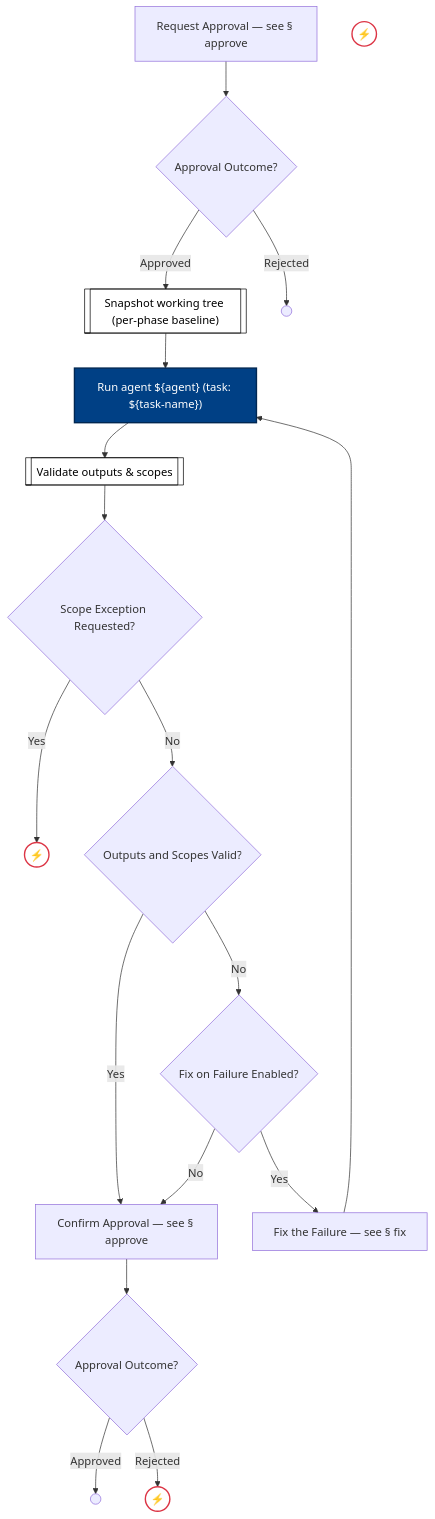
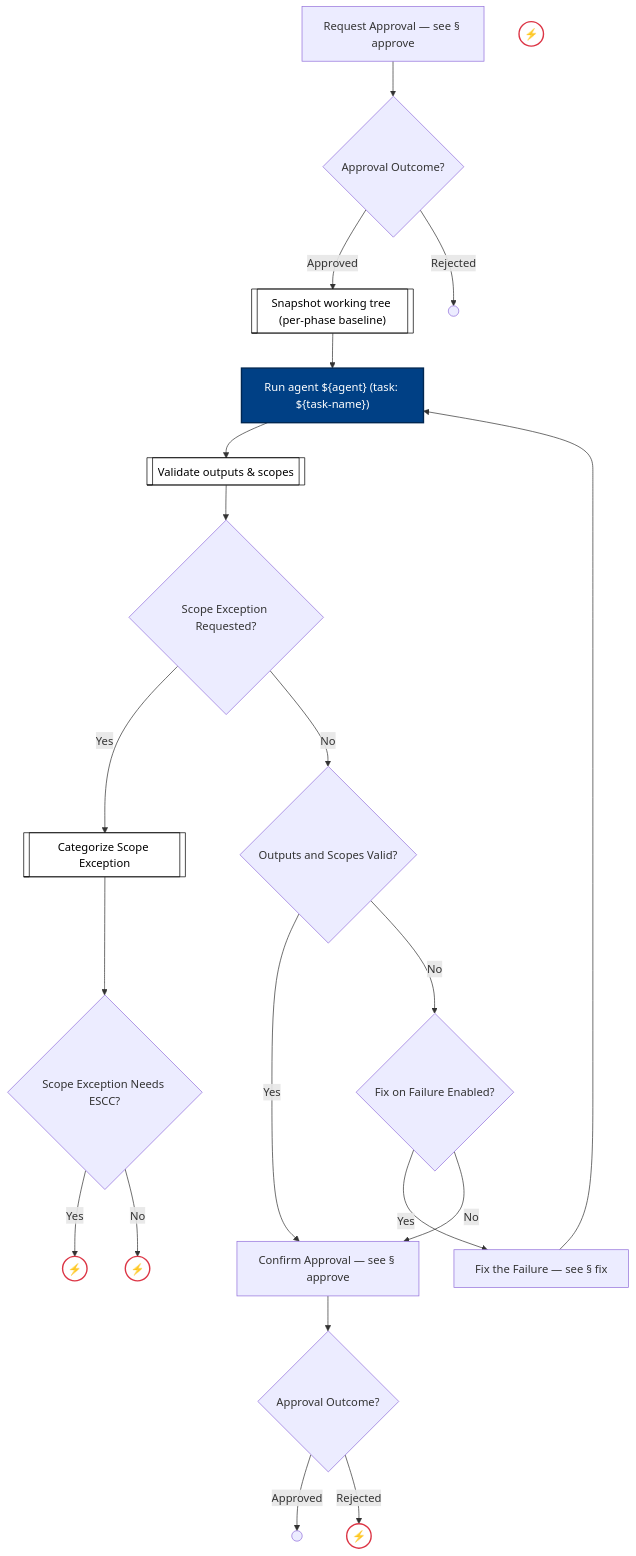
One commit to optivem/gh-optivem changed diagram 43 of 53 in docs/process-diagram.md. Above: the diagram before and after it, drawn with Mermaid. The commit also changed 1 other file, not shown here.

Commit message:
atdd: regenerate process-flow diagram

````diff
--- a/docs/process-diagram.md
+++ b/docs/process-diagram.md
@@ -811,45 +811,51 @@
 ```mermaid
 flowchart TD
     APPROVE_PRE[Request Approval — see § approve]
     GATE_APPROVED_PRE{Approval Outcome?}
     SNAPSHOT_WORKING_TREE[["Snapshot working tree (per-phase baseline)"]]
     EXECUTE_AGENT_REJECTED_END(( ))
     RUN_AGENT["Run agent ${agent} (task: ${task-name})"]
     VALIDATE_OUTPUTS_AND_SCOPES[["Validate outputs & scopes"]]
     GATE_SCOPE_EXCEPTION_REQUESTED{Scope Exception Requested?}
-    STOP_SCOPE_VIOLATION((⚡))
+    CATEGORIZE_SCOPE_EXCEPTION[[Categorize Scope Exception]]
     GATE_OUTPUTS_AND_SCOPES_VALID{Outputs and Scopes Valid?}
+    GATE_SCOPE_EXCEPTION_NEEDS_ESCC{Scope Exception Needs ESCC?}
     APPROVE_POST[Confirm Approval — see § approve]
     GATE_FIX_ON_FAILURE{Fix on Failure Enabled?}
+    ESCC_UNDECLARED_HALT((⚡))
+    STOP_SCOPE_VIOLATION((⚡))
     GATE_APPROVED_POST{Approval Outcome?}
     FIX[Fix the Failure — see § fix]
     EXECUTE_AGENT_END(( ))
     EXECUTE_AGENT_OUTPUT_REJECTED_END((⚡))
     AGENT_FIX_EXHAUSTED((⚡))
 
     APPROVE_PRE --> GATE_APPROVED_PRE
     GATE_APPROVED_PRE -- Approved --> SNAPSHOT_WORKING_TREE
     GATE_APPROVED_PRE -- Rejected --> EXECUTE_AGENT_REJECTED_END
     SNAPSHOT_WORKING_TREE --> RUN_AGENT
     RUN_AGENT --> VALIDATE_OUTPUTS_AND_SCOPES
     VALIDATE_OUTPUTS_AND_SCOPES --> GATE_SCOPE_EXCEPTION_REQUESTED
-    GATE_SCOPE_EXCEPTION_REQUESTED -- Yes --> STOP_SCOPE_VIOLATION
+    GATE_SCOPE_EXCEPTION_REQUESTED -- Yes --> CATEGORIZE_SCOPE_EXCEPTION
     GATE_SCOPE_EXCEPTION_REQUESTED -- No --> GATE_OUTPUTS_AND_SCOPES_VALID
+    CATEGORIZE_SCOPE_EXCEPTION --> GATE_SCOPE_EXCEPTION_NEEDS_ESCC
+    GATE_SCOPE_EXCEPTION_NEEDS_ESCC -- Yes --> ESCC_UNDECLARED_HALT
+    GATE_SCOPE_EXCEPTION_NEEDS_ESCC -- No --> STOP_SCOPE_VIOLATION
     GATE_OUTPUTS_AND_SCOPES_VALID -- Yes --> APPROVE_POST
     GATE_OUTPUTS_AND_SCOPES_VALID -- No --> GATE_FIX_ON_FAILURE
     GATE_FIX_ON_FAILURE -- Yes --> FIX
     GATE_FIX_ON_FAILURE -- No --> APPROVE_POST
     FIX --> RUN_AGENT
     APPROVE_POST --> GATE_APPROVED_POST
     GATE_APPROVED_POST -- Approved --> EXECUTE_AGENT_END
     GATE_APPROVED_POST -- Rejected --> EXECUTE_AGENT_OUTPUT_REJECTED_END
 
     classDef serviceNode fill:#ffffff,stroke:#000000,stroke-width:1px,color:#000000
-    class SNAPSHOT_WORKING_TREE,VALIDATE_OUTPUTS_AND_SCOPES serviceNode
+    class CATEGORIZE_SCOPE_EXCEPTION,SNAPSHOT_WORKING_TREE,VALIDATE_OUTPUTS_AND_SCOPES serviceNode
 
     classDef agentNode fill:#004085,stroke:#002752,stroke-width:2px,color:#ffffff
     class RUN_AGENT agentNode
 
     classDef errorEndNode fill:#ffffff,stroke:#dc3545,stroke-width:2px,color:#000000
-    class AGENT_FIX_EXHAUSTED,EXECUTE_AGENT_OUTPUT_REJECTED_END,STOP_SCOPE_VIOLATION errorEndNode
+    class AGENT_FIX_EXHAUSTED,ESCC_UNDECLARED_HALT,EXECUTE_AGENT_OUTPUT_REJECTED_END,STOP_SCOPE_VIOLATION errorEndNode
 ```
````
